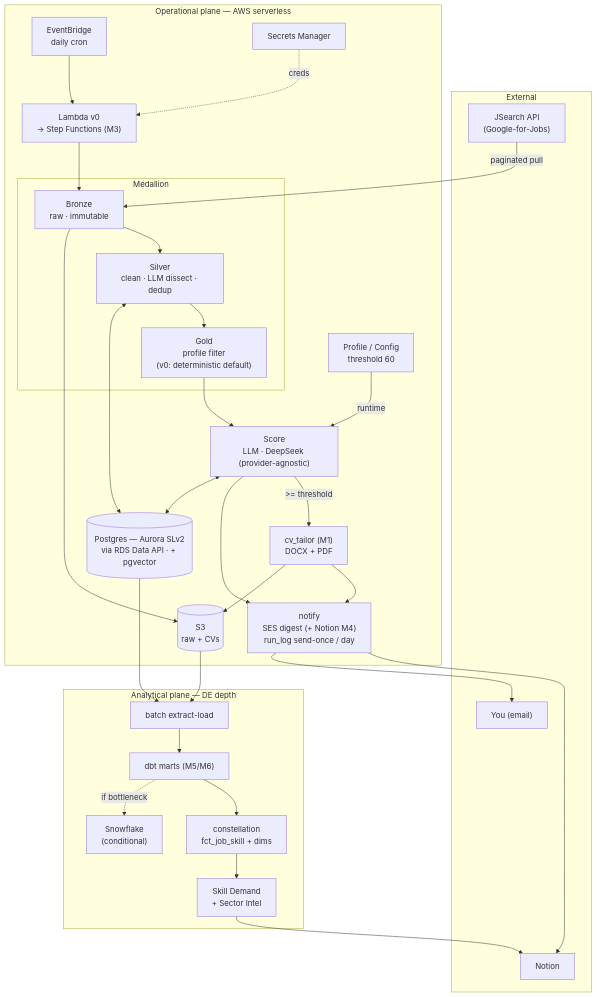
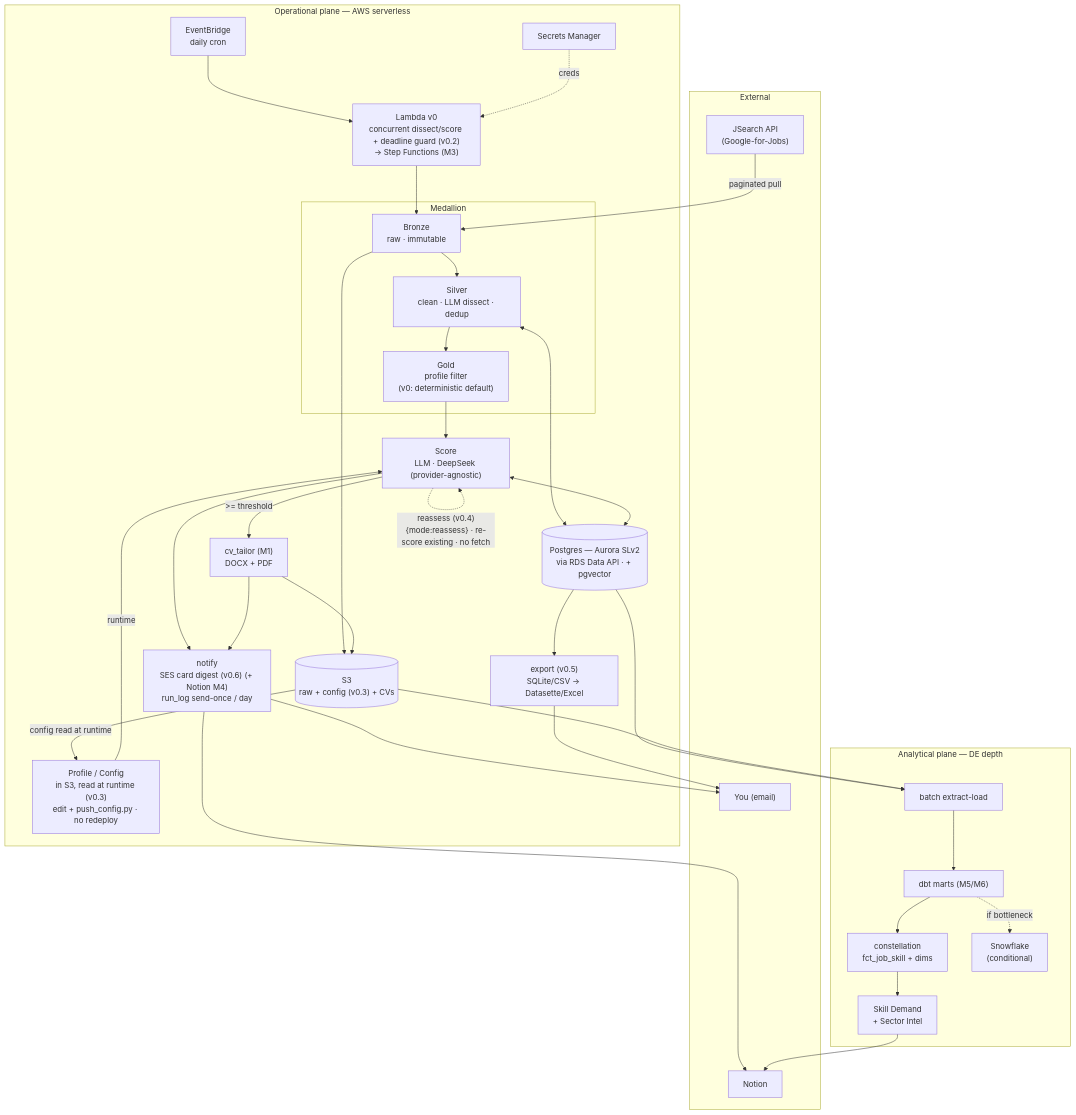
Before and after one commit to tarigelamin1997/jobfetcher: the first of 8 diagrams in docs/diagrams.md, drawn with Mermaid. The commit also changed other lines of this file, not shown here.

First line of the commit message:
docs(diagrams): in-repo Mermaid diagrams updated to v0.6.0 (Eraser skipped, connector down)

````diff
--- a/docs/diagrams.md
+++ b/docs/diagrams.md
@@ -13,46 +13,51 @@
 ```mermaid
 flowchart TB
   subgraph EXT["External"]
     JS["JSearch API<br/>(Google-for-Jobs)"]
     NO["Notion"]
     US["You (email)"]
   end
 
   subgraph OP["Operational plane — AWS serverless"]
-    EB["EventBridge<br/>daily cron"] --> ORC["Lambda v0<br/>→ Step Functions (M3)"]
+    EB["EventBridge<br/>daily cron"] --> ORC["Lambda v0<br/>concurrent dissect/score + deadline guard (v0.2)<br/>→ Step Functions (M3)"]
     subgraph MED["Medallion"]
       BR["Bronze<br/>raw · immutable"]
       SI["Silver<br/>clean · LLM dissect · dedup"]
       GO["Gold<br/>profile filter<br/>(v0: deterministic default)"]
     end
     ORC --> BR --> SI --> GO --> SC["Score<br/>LLM · DeepSeek (provider-agnostic)"]
     SC -->|">= threshold"| CV["cv_tailor (M1)<br/>DOCX + PDF"]
-    SC --> NT["notify<br/>SES digest (+ Notion M4)<br/>run_log send-once / day"]
+    SC --> NT["notify<br/>SES card digest (v0.6) (+ Notion M4)<br/>run_log send-once / day"]
     CV --> NT
+    SC -.->|"reassess (v0.4)<br/>{mode:reassess} · re-score existing · no fetch"| SC
     PG[("Postgres — Aurora SLv2<br/>via RDS Data API · + pgvector")]
-    S3[("S3<br/>raw + CVs")]
+    S3[("S3<br/>raw + config (v0.3) + CVs")]
     SM["Secrets Manager"]
-    CF["Profile / Config<br/>threshold 60"]
+    CF["Profile / Config<br/>in S3, read at runtime (v0.3)<br/>edit + push_config.py · no redeploy"]
+    EXP["export (v0.5)<br/>SQLite/CSV → Datasette/Excel"]
   end
 
   subgraph AN["Analytical plane — DE depth"]
     EL["batch extract-load"] --> DBT["dbt marts (M5/M6)"]
     DBT --> MA["constellation<br/>fct_job_skill + dims"]
     MA --> IN["Skill Demand<br/>+ Sector Intel"]
     SNF["Snowflake<br/>(conditional)"]
   end
 
   JS -->|paginated pull| BR
   SI <--> PG
   SC <--> PG
+  S3 -->|config read at runtime| CF
   CF -->|runtime| SC
   SM -.->|creds| ORC
   BR --> S3
   CV --> S3
   NT --> NO
   NT --> US
+  PG --> EXP
+  EXP --> US
   PG --> EL
   S3 --> EL
   IN --> NO
   DBT -.->|if bottleneck| SNF
 ```
````
